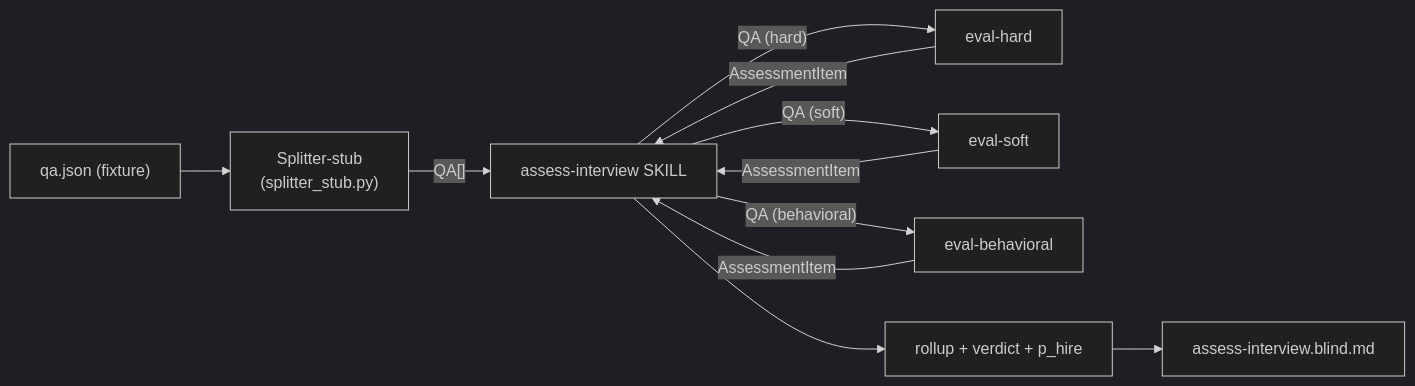
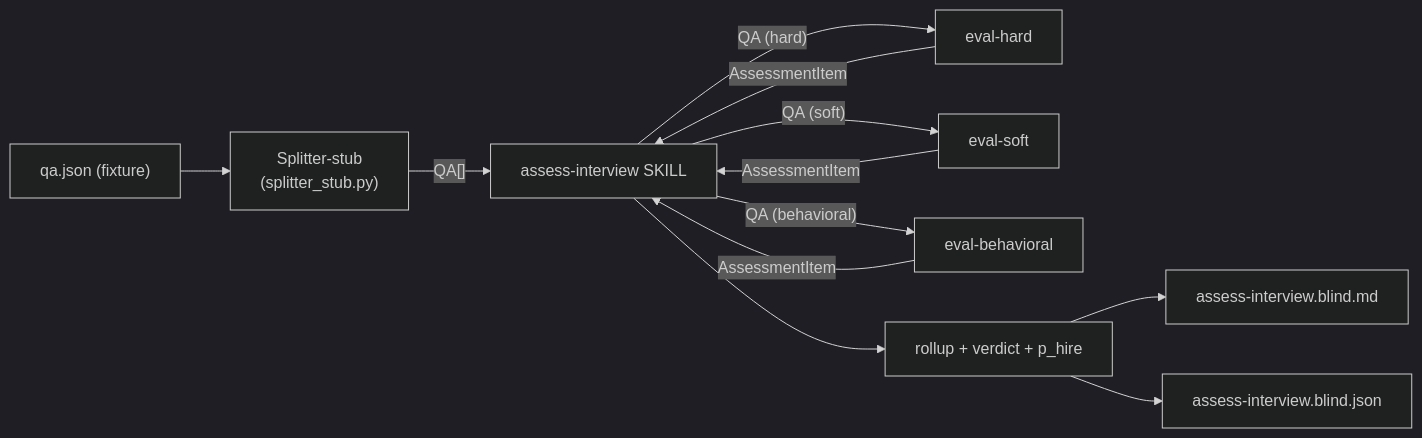
The diagram in .claude/skills/assess-interview/SKILL.md (margomrkv/interview-debrief-assistant), drawn with Mermaid (dark theme) before and after one commit. The commit also changed other lines of this file, not shown here.

Commit message:
assess interview v2.1

````diff
--- a/.claude/skills/assess-interview/SKILL.md
+++ b/.claude/skills/assess-interview/SKILL.md
@@ -18,11 +22,12 @@
 ```mermaid
 flowchart LR
     QF["qa.json (fixture)"] --> SS["Splitter-stub<br/>(splitter_stub.py)"]
     SS -- "QA[]" --> ORCH["assess-interview SKILL"]
     ORCH -- "QA (hard)" --> EH["eval-hard"]
     ORCH -- "QA (soft)" --> ES["eval-soft"]
     ORCH -- "QA (behavioral)" --> EB["eval-behavioral"]
     EH & ES & EB -- "AssessmentItem" --> ORCH
     ORCH --> RU["rollup + verdict + p_hire"]
     RU --> MD["assess-interview.blind.md"]
+    RU --> JS["assess-interview.blind.json"]
 ```
````
